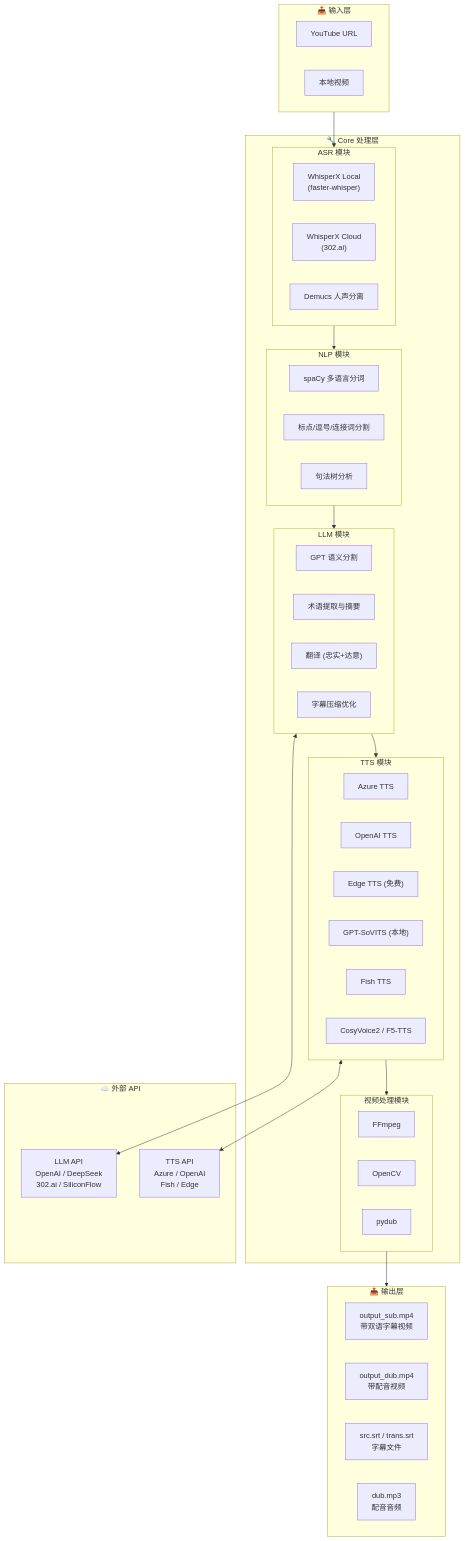
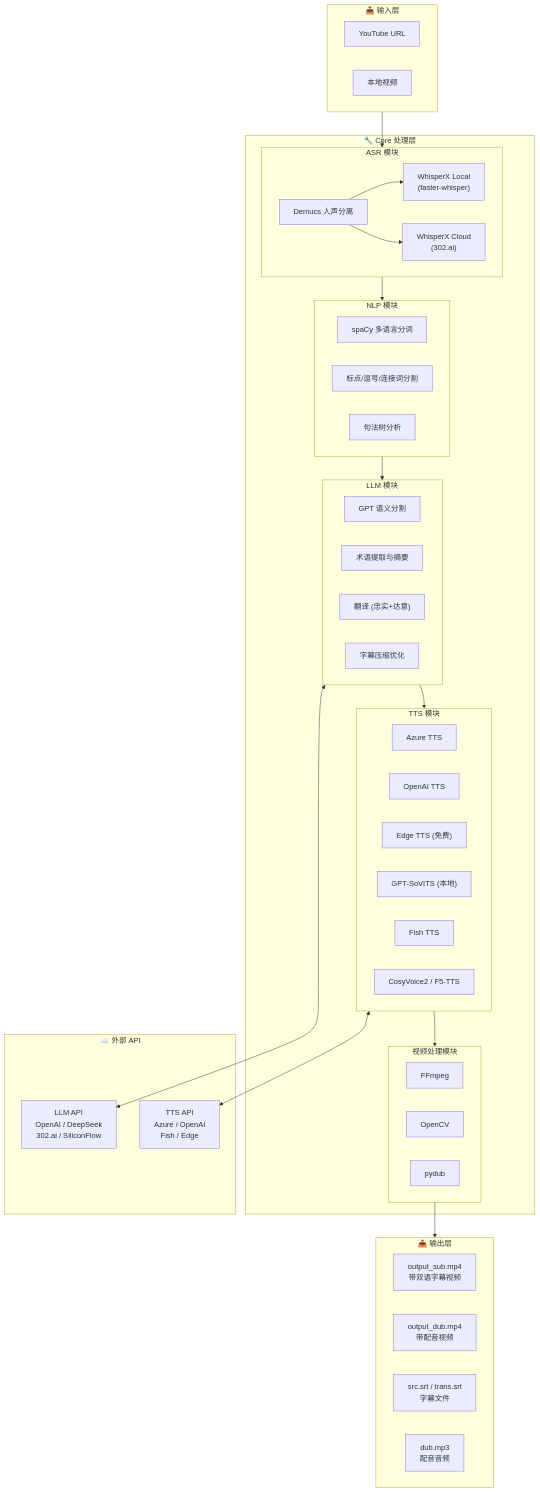
Before and after one commit to NuoManDai/VedioAITranslateSub: the first of 12 diagrams in docs/ARCHITECTURE.md, drawn with Mermaid. The commit also changed other lines of this file and 9 other files, not shown here.

````diff
--- a/docs/ARCHITECTURE.md
+++ b/docs/ARCHITECTURE.md
@@ -42,65 +42,67 @@
 ```mermaid
 flowchart TB
     subgraph Input["📥 输入层"]
         YT[YouTube URL]
         Local[本地视频]
     end
 
     subgraph Core["🔧 Core 处理层"]
         subgraph ASR["ASR 模块"]
+            Demucs["Demucs 人声分离"]
             WhisperLocal["WhisperX Local<br/>(faster-whisper)"]
             WhisperCloud["WhisperX Cloud<br/>(302.ai)"]
-            Demucs["Demucs 人声分离"]
+            Demucs --> WhisperLocal
+            Demucs --> WhisperCloud
         end
         
         subgraph NLP["NLP 模块"]
             SpaCy["spaCy 多语言分词"]
             Split["标点/逗号/连接词分割"]
             SyntaxTree["句法树分析"]
         end
         
         subgraph LLM["LLM 模块"]
             SemanticSplit["GPT 语义分割"]
             TermExtract["术语提取与摘要"]
             Translate["翻译 (忠实+达意)"]
             SubCompress["字幕压缩优化"]
         end
         
         subgraph TTS["TTS 模块"]
             AzureTTS["Azure TTS"]
             OpenAITTS["OpenAI TTS"]
             EdgeTTS["Edge TTS (免费)"]
             GPTSOVITS["GPT-SoVITS (本地)"]
             FishTTS["Fish TTS"]
             CosyVoice["CosyVoice2 / F5-TTS"]
         end
         
         subgraph Video["视频处理模块"]
             FFmpeg["FFmpeg"]
             OpenCV["OpenCV"]
             Pydub["pydub"]
         end
     end
 
     subgraph External["☁️ 外部 API"]
         LLMAPI["LLM API<br/>OpenAI / DeepSeek<br/>302.ai / SiliconFlow"]
         TTSAPI["TTS API<br/>Azure / OpenAI<br/>Fish / Edge"]
     end
 
     subgraph Output["📤 输出层"]
         SubVideo["output_sub.mp4<br/>带双语字幕视频"]
         DubVideo["output_dub.mp4<br/>带配音视频"]
         SRT["src.srt / trans.srt<br/>字幕文件"]
         DubAudio["dub.mp3<br/>配音音频"]
     end
 
     Input --> ASR
     ASR --> NLP
     NLP --> LLM
     LLM --> TTS
     TTS --> Video
     Video --> Output
     
     LLM <--> LLMAPI
     TTS <--> TTSAPI
 ```
````
